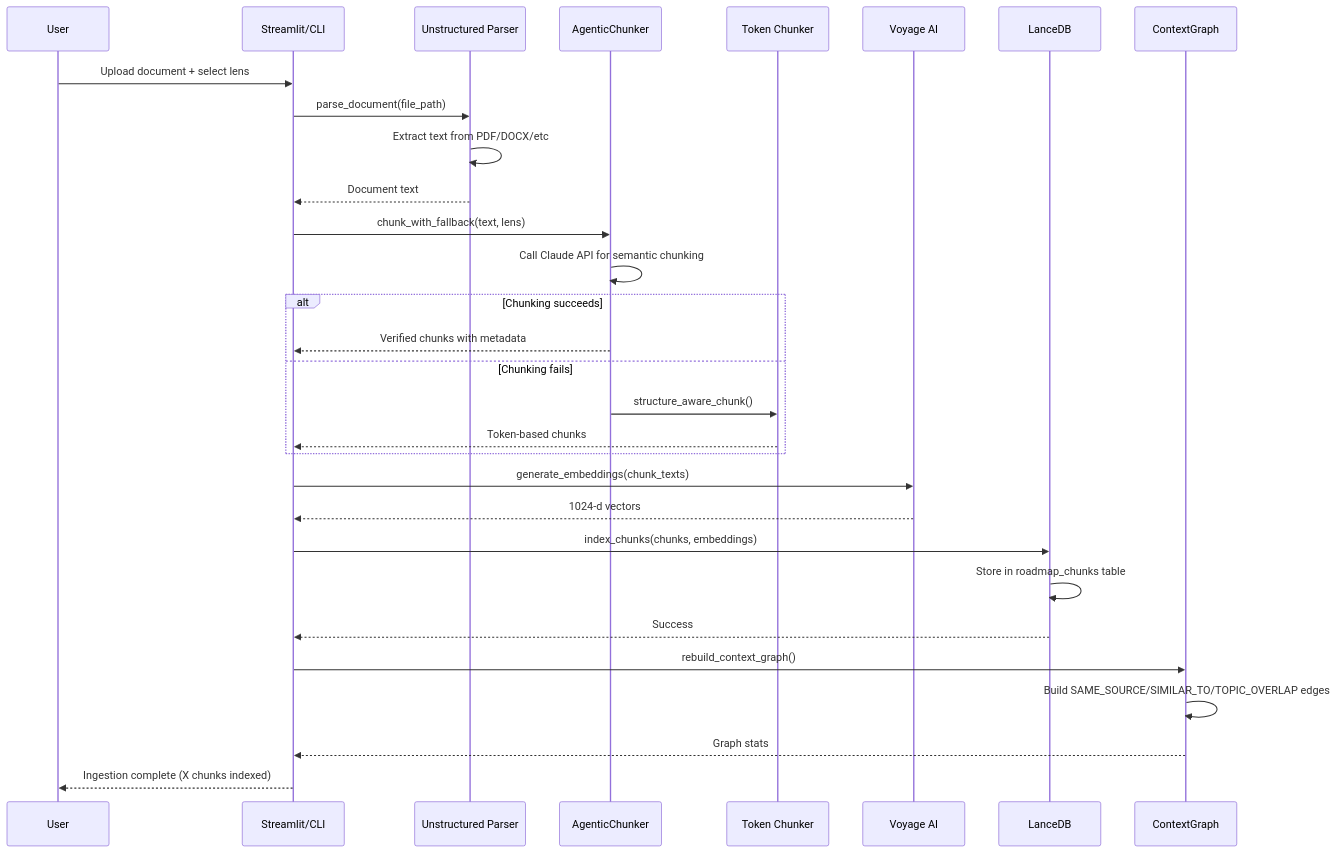
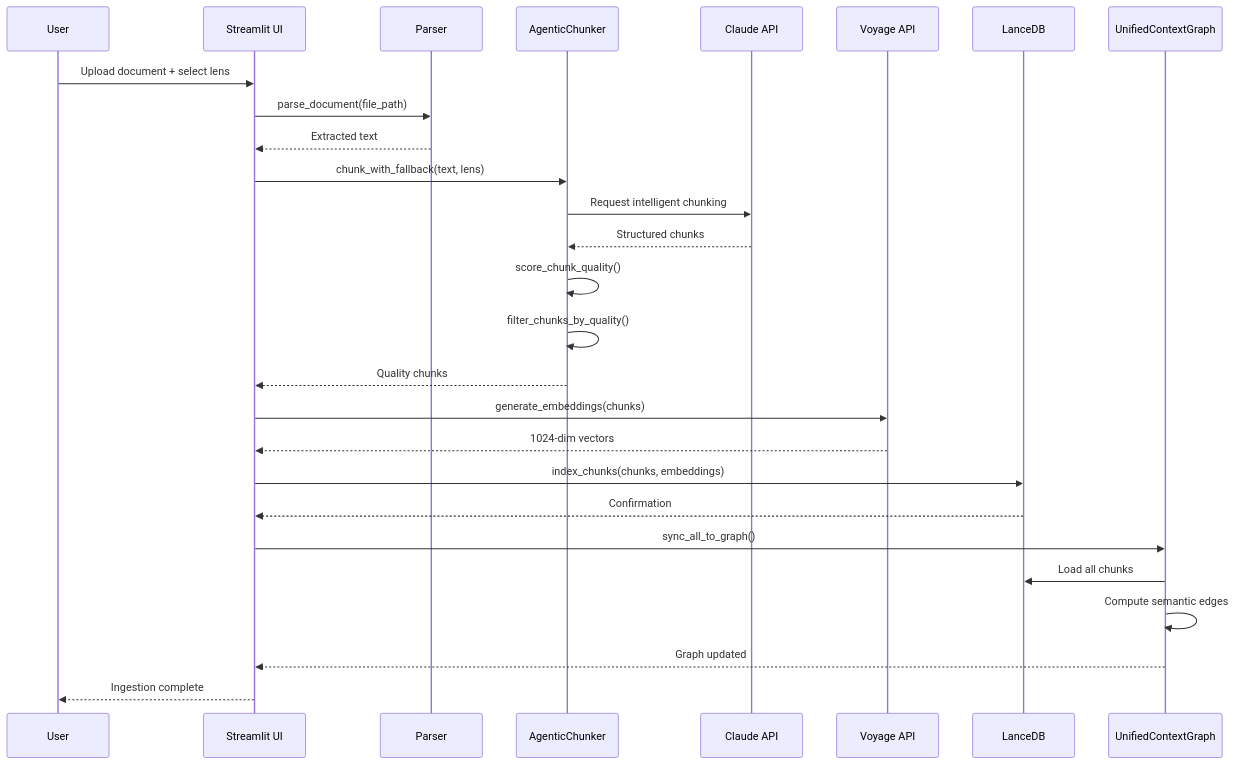
Before and after one commit to HumanFirstAi/roadmap-synth: the ninth of 11 diagrams in ARCHITECTURE_REVIEW.md, drawn with Mermaid. The commit also changed other lines of this file and 11 other files, not shown here.

First line of the commit message:
Add expanded test suite and update architecture documentation

````diff
--- a/ARCHITECTURE_REVIEW.md
+++ b/ARCHITECTURE_REVIEW.md
@@ -878,35 +684,36 @@
 ```mermaid
 sequenceDiagram
     participant U as User
-    participant UI as Streamlit/CLI
-    participant Parse as Unstructured Parser
-    participant Chunk as AgenticChunker
-    participant Fallback as Token Chunker
-    participant Embed as Voyage AI
-    participant Lance as LanceDB
-    participant Context as ContextGraph
+    participant UI as Streamlit UI
+    participant P as Parser
+    participant AC as AgenticChunker
+    participant C as Claude API
+    participant V as Voyage API
+    participant L as LanceDB
+    participant G as UnifiedContextGraph
 
     U->>UI: Upload document + select lens
-    UI->>Parse: parse_document(file_path)
-    Parse->>Parse: Extract text from PDF/DOCX/etc
-    Parse-->>UI: Document text
-    UI->>Chunk: chunk_with_fallback(text, lens)
-    Chunk->>Chunk: Call Claude API for semantic chunking
+    UI->>P: parse_document(file_path)
+    P-->>UI: Extracted text
 
-    alt Chunking succeeds
-        Chunk-->>UI: Verified chunks with metadata
-    else Chunking fails
-        Chunk->>Fallback: structure_aware_chunk()
-        Fallback-->>UI: Token-based chunks
-    end
+    UI->>AC: chunk_with_fallback(text, lens)
+    AC->>C: Request intelligent chunking
+    C-->>AC: Structured chunks
 
-    UI->>Embed: generate_embeddings(chunk_texts)
-    Embed-->>UI: 1024-d vectors
-    UI->>Lance: index_chunks(chunks, embeddings)
-    Lance->>Lance: Store in roadmap_chunks table
-    Lance-->>UI: Success
-    UI->>Context: rebuild_context_graph()
-    Context->>Context: Build SAME_SOURCE/SIMILAR_TO/TOPIC_OVERLAP edges
-    Context-->>UI: Graph stats
-    UI-->>U: Ingestion complete (X chunks indexed)
+    AC->>AC: score_chunk_quality()
+    AC->>AC: filter_chunks_by_quality()
+    AC-->>UI: Quality chunks
+
+    UI->>V: generate_embeddings(chunks)
+    V-->>UI: 1024-dim vectors
+
+    UI->>L: index_chunks(chunks, embeddings)
+    L-->>UI: Confirmation
+
+    UI->>G: sync_all_to_graph()
+    G->>L: Load all chunks
+    G->>G: Compute semantic edges
+    G-->>UI: Graph updated
+
+    UI-->>U: Ingestion complete
 ```
````
